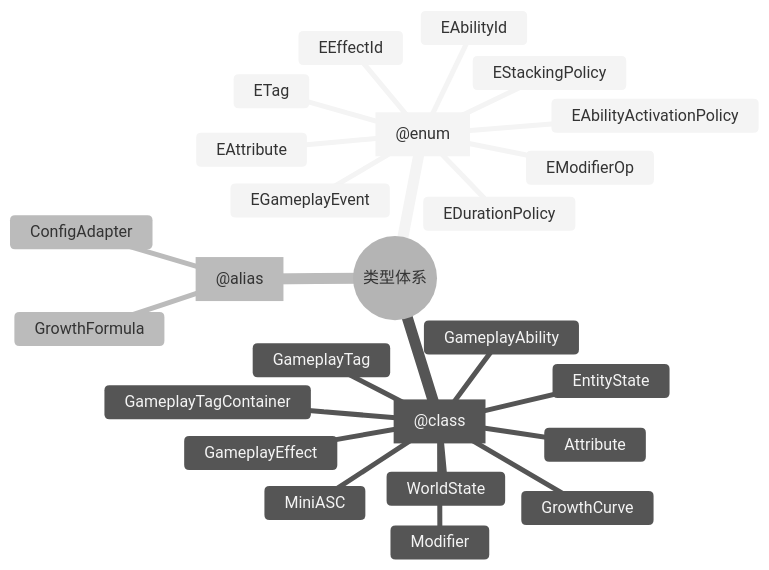
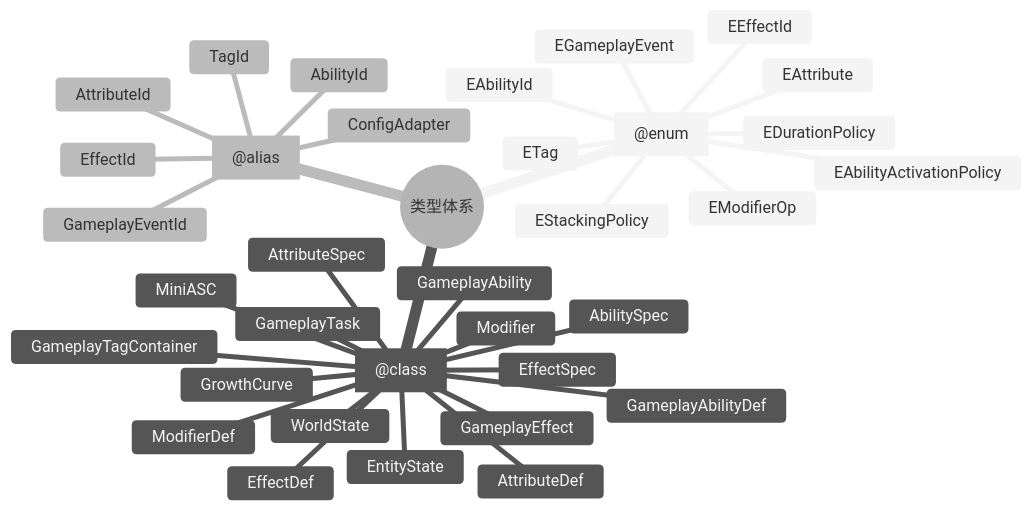
One commit to caorenmei/cgas changed the third of 3 diagrams in docs/specs/mini_gas/architecture.md. Above: the diagram before and after it, drawn with Mermaid. The commit also changed 29 other files, not shown here.

````diff
--- a/docs/specs/mini_gas/architecture.md
+++ b/docs/specs/mini_gas/architecture.md
@@ -79,29 +79,39 @@
 ```mermaid
 %%{init: {'theme': 'neutral'}}%%
 mindmap
   root((类型体系))
     idEnum["@enum"]
       EModifierOp
       EDurationPolicy
       EStackingPolicy
       EAbilityActivationPolicy
       EAttribute
       ETag
       EAbilityId
       EEffectId
       EGameplayEvent
     idClass["@class"]
       MiniASC
       EntityState
       WorldState
       GameplayAbility
+      GameplayAbilityDef
       GameplayEffect
+      EffectDef
       Modifier
-      Attribute
-      GameplayTag
+      ModifierDef
+      AttributeDef
       GameplayTagContainer
+      GameplayTask
+      AbilitySpec
+      EffectSpec
+      AttributeSpec
       GrowthCurve
     idAlias["@alias"]
-      GrowthFormula
+      TagId
+      AttributeId
+      AbilityId
+      EffectId
+      GameplayEventId
       ConfigAdapter
 ```
````
